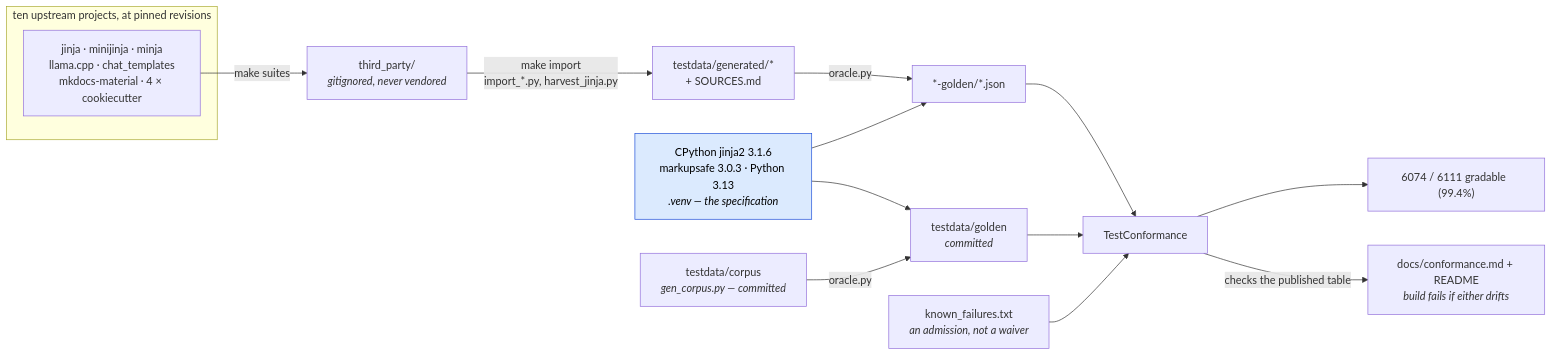
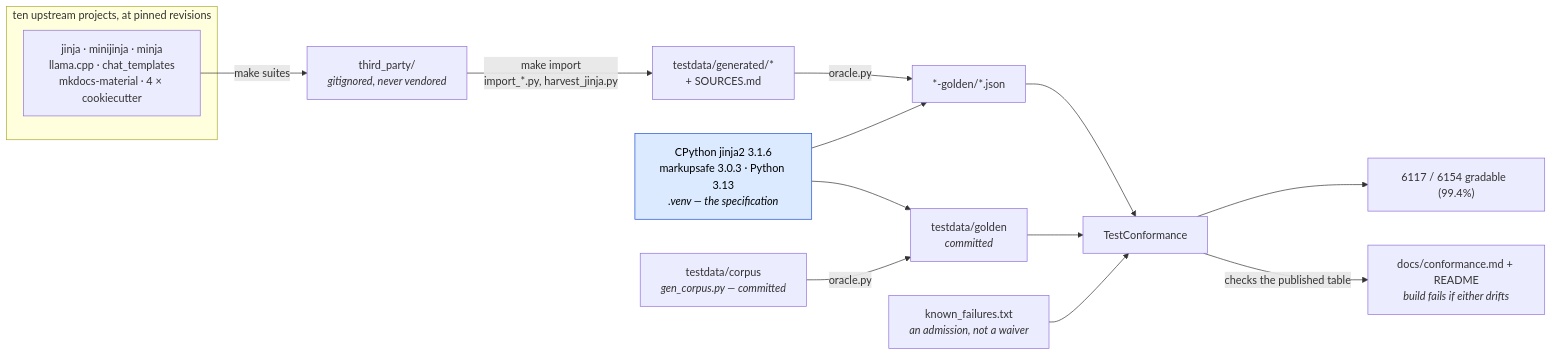
The first of 2 diagrams in docs/conformance.md (mgilbir/gojja2), drawn with Mermaid before and after one commit. The commit also changed other lines of this file and 137 other files, not shown here.

````diff
--- a/docs/conformance.md
+++ b/docs/conformance.md
@@ -17,24 +17,24 @@
 ```mermaid
 flowchart LR
     subgraph up["ten upstream projects, at pinned revisions"]
         U1["jinja · minijinja · minja<br/>llama.cpp · chat_templates<br/>mkdocs-material · 4 × cookiecutter"]
     end
     U1 -->|"make suites"| TP["third_party/<br/><i>gitignored, never vendored</i>"]
     TP -->|"make import<br/>import_*.py, harvest_jinja.py"| GEN["testdata/generated/*<br/>+ SOURCES.md"]
 
     ORA["CPython jinja2 3.1.6<br/>markupsafe 3.0.3 · Python 3.13<br/><i>.venv — the specification</i>"]
     GEN -->|"oracle.py"| G2["*-golden/*.json"]
     ORA --> G2
 
     OWN["testdata/corpus<br/><i>gen_corpus.py — committed</i>"] -->|"oracle.py"| G1["testdata/golden<br/><i>committed</i>"]
     ORA --> G1
 
     G1 --> TC["TestConformance"]
     G2 --> TC
     KF["known_failures.txt<br/><i>an admission, not a waiver</i>"] --> TC
-    TC --> RATE["6074 / 6111 gradable  (99.4%)"]
+    TC --> RATE["6117 / 6154 gradable  (99.4%)"]
     TC -->|"checks the published table"| RM["docs/conformance.md + README<br/><i>build fails if either drifts</i>"]
 
     classDef spec fill:#dbeafe,stroke:#1d4ed8,color:#000
     class ORA spec
 ```
````
